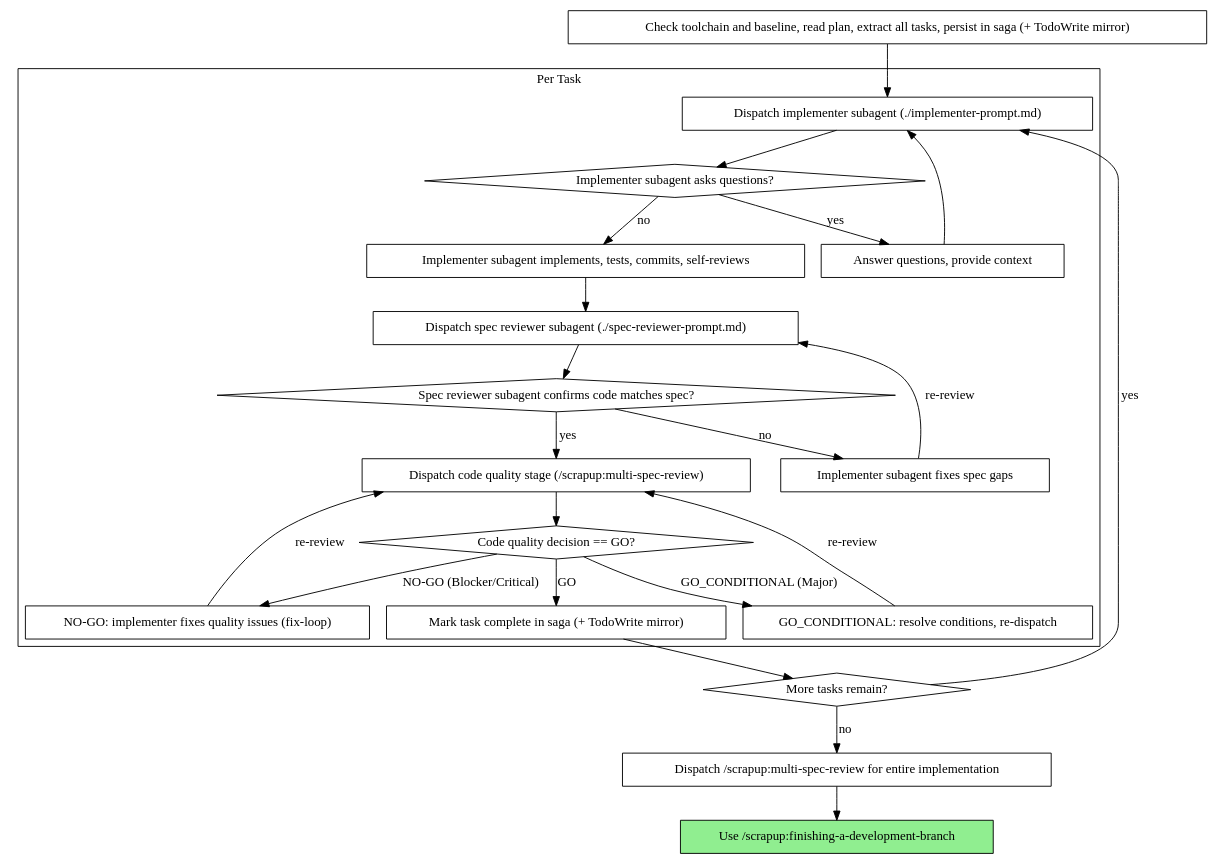
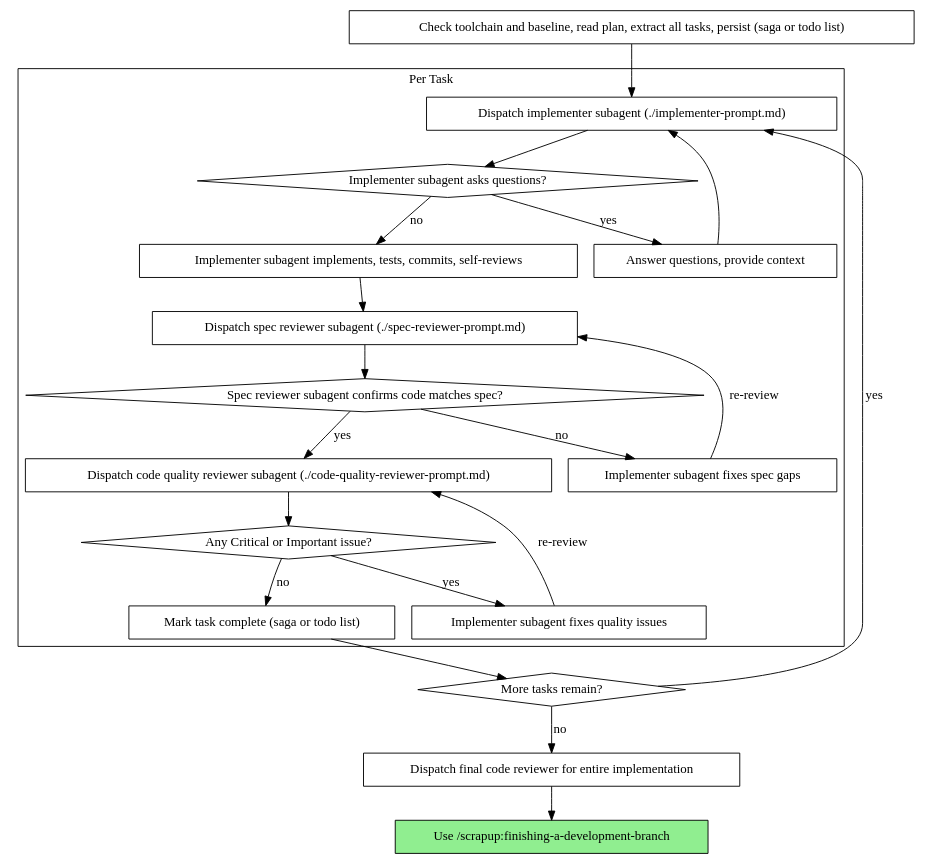
One commit to scrapup/scrapup changed the second of 2 diagrams in skills/subagent-driven-development/SKILL.md. Above: the diagram before and after it, drawn with Graphviz. The commit also changed other lines of this file and 63 other files, not shown here.

First line of the commit message:
fix(skills): resolve prompt-engineering review findings across all skills

````diff
--- a/skills/subagent-driven-development/SKILL.md
+++ b/skills/subagent-driven-development/SKILL.md
@@ -52,47 +48,44 @@
 ```dot
 digraph process {
     rankdir=TB;
 
     subgraph cluster_per_task {
         label="Per Task";
         "Dispatch implementer subagent (./implementer-prompt.md)" [shape=box];
         "Implementer subagent asks questions?" [shape=diamond];
         "Answer questions, provide context" [shape=box];
         "Implementer subagent implements, tests, commits, self-reviews" [shape=box];
         "Dispatch spec reviewer subagent (./spec-reviewer-prompt.md)" [shape=box];
         "Spec reviewer subagent confirms code matches spec?" [shape=diamond];
         "Implementer subagent fixes spec gaps" [shape=box];
-        "Dispatch code quality stage (/scrapup:multi-spec-review)" [shape=box];
-        "Code quality decision == GO?" [shape=diamond];
-        "GO_CONDITIONAL: resolve conditions, re-dispatch" [shape=box];
-        "NO-GO: implementer fixes quality issues (fix-loop)" [shape=box];
-        "Mark task complete in saga (+ TodoWrite mirror)" [shape=box];
+        "Dispatch code quality reviewer subagent (./code-quality-reviewer-prompt.md)" [shape=box];
+        "Any Critical or Important issue?" [shape=diamond];
+        "Implementer subagent fixes quality issues" [shape=box];
+        "Mark task complete (saga or todo list)" [shape=box];
     }
 
-    "Check toolchain and baseline, read plan, extract all tasks, persist in saga (+ TodoWrite mirror)" [shape=box];
+    "Check toolchain and baseline, read plan, extract all tasks, persist (saga or todo list)" [shape=box];
     "More tasks remain?" [shape=diamond];
-    "Dispatch /scrapup:multi-spec-review for entire implementation" [shape=box];
+    "Dispatch final code reviewer for entire implementation" [shape=box];
     "Use /scrapup:finishing-a-development-branch" [shape=box style=filled fillcolor=lightgreen];
 
-    "Check toolchain and baseline, read plan, extract all tasks, persist in saga (+ TodoWrite mirror)" -> "Dispatch implementer subagent (./implementer-prompt.md)";
+    "Check toolchain and baseline, read plan, extract all tasks, persist (saga or todo list)" -> "Dispatch implementer subagent (./implementer-prompt.md)";
     "Dispatch implementer subagent (./implementer-prompt.md)" -> "Implementer subagent asks questions?";
     "Implementer subagent asks questions?" -> "Answer questions, provide context" [label="yes"];
     "Answer questions, provide context" -> "Dispatch implementer subagent (./implementer-prompt.md)";
     "Implementer subagent asks questions?" -> "Implementer subagent implements, tests, commits, self-reviews" [label="no"];
     "Implementer subagent implements, tests, commits, self-reviews" -> "Dispatch spec reviewer subagent (./spec-reviewer-prompt.md)";
     "Dispatch spec reviewer subagent (./spec-reviewer-prompt.md)" -> "Spec reviewer subagent confirms code matches spec?";
     "Spec reviewer subagent confirms code matches spec?" -> "Implementer subagent fixes spec gaps" [label="no"];
     "Implementer subagent fixes spec gaps" -> "Dispatch spec reviewer subagent (./spec-reviewer-prompt.md)" [label="re-review"];
-    "Spec reviewer subagent confirms code matches spec?" -> "Dispatch code quality stage (/scrapup:multi-spec-review)" [label="yes"];
-    "Dispatch code quality stage (/scrapup:multi-spec-review)" -> "Code quality decision == GO?";
-    "Code quality decision == GO?" -> "NO-GO: implementer fixes quality issues (fix-loop)" [label="NO-GO (Blocker/Critical)"];
-    "Code quality decision == GO?" -> "GO_CONDITIONAL: resolve conditions, re-dispatch" [label="GO_CONDITIONAL (Major)"];
-    "NO-GO: implementer fixes quality issues (fix-loop)" -> "Dispatch code quality stage (/scrapup:multi-spec-review)" [label="re-review"];
-    "GO_CONDITIONAL: resolve conditions, re-dispatch" -> "Dispatch code quality stage (/scrapup:multi-spec-review)" [label="re-review"];
-    "Code quality decision == GO?" -> "Mark task complete in saga (+ TodoWrite mirror)" [label="GO"];
-    "Mark task complete in saga (+ TodoWrite mirror)" -> "More tasks remain?";
+    "Spec reviewer subagent confirms code matches spec?" -> "Dispatch code quality reviewer subagent (./code-quality-reviewer-prompt.md)" [label="yes"];
+    "Dispatch code quality reviewer subagent (./code-quality-reviewer-prompt.md)" -> "Any Critical or Important issue?";
+    "Any Critical or Important issue?" -> "Implementer subagent fixes quality issues" [label="yes"];
+    "Implementer subagent fixes quality issues" -> "Dispatch code quality reviewer subagent (./code-quality-reviewer-prompt.md)" [label="re-review"];
+    "Any Critical or Important issue?" -> "Mark task complete (saga or todo list)" [label="no"];
+    "Mark task complete (saga or todo list)" -> "More tasks remain?";
     "More tasks remain?" -> "Dispatch implementer subagent (./implementer-prompt.md)" [label="yes"];
-    "More tasks remain?" -> "Dispatch /scrapup:multi-spec-review for entire implementation" [label="no"];
-    "Dispatch /scrapup:multi-spec-review for entire implementation" -> "Use /scrapup:finishing-a-development-branch";
+    "More tasks remain?" -> "Dispatch final code reviewer for entire implementation" [label="no"];
+    "Dispatch final code reviewer for entire implementation" -> "Use /scrapup:finishing-a-development-branch";
 }
 ```
````
